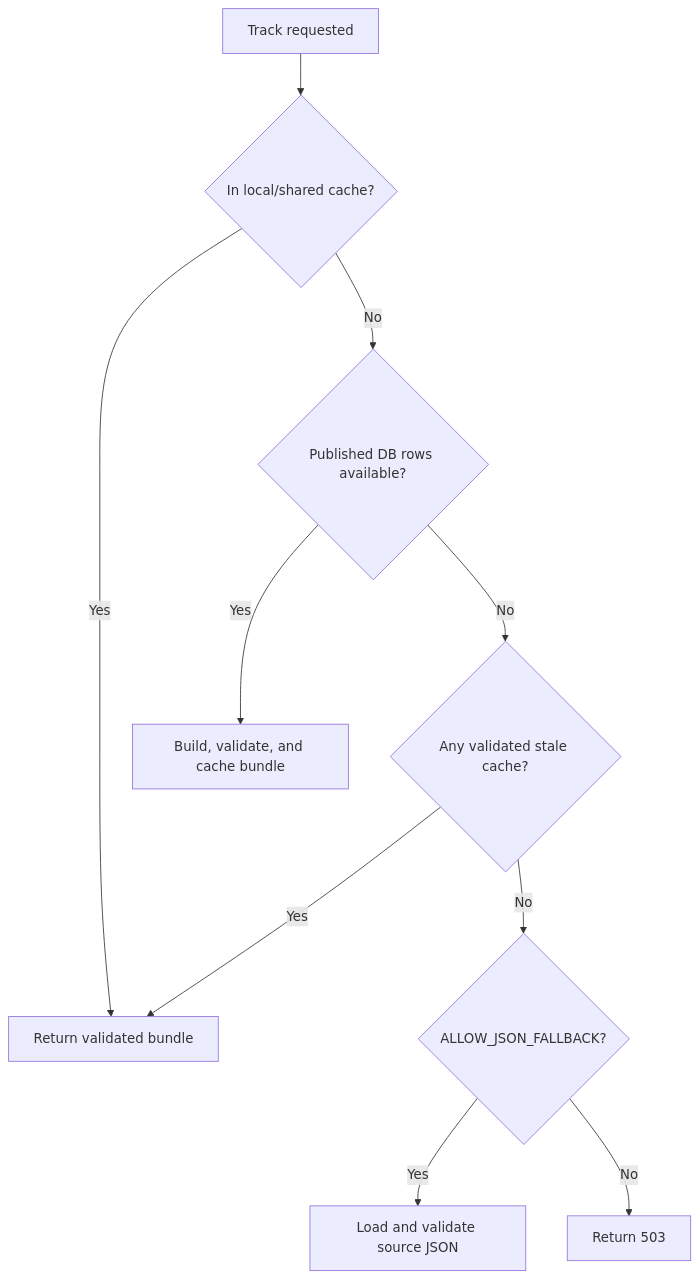
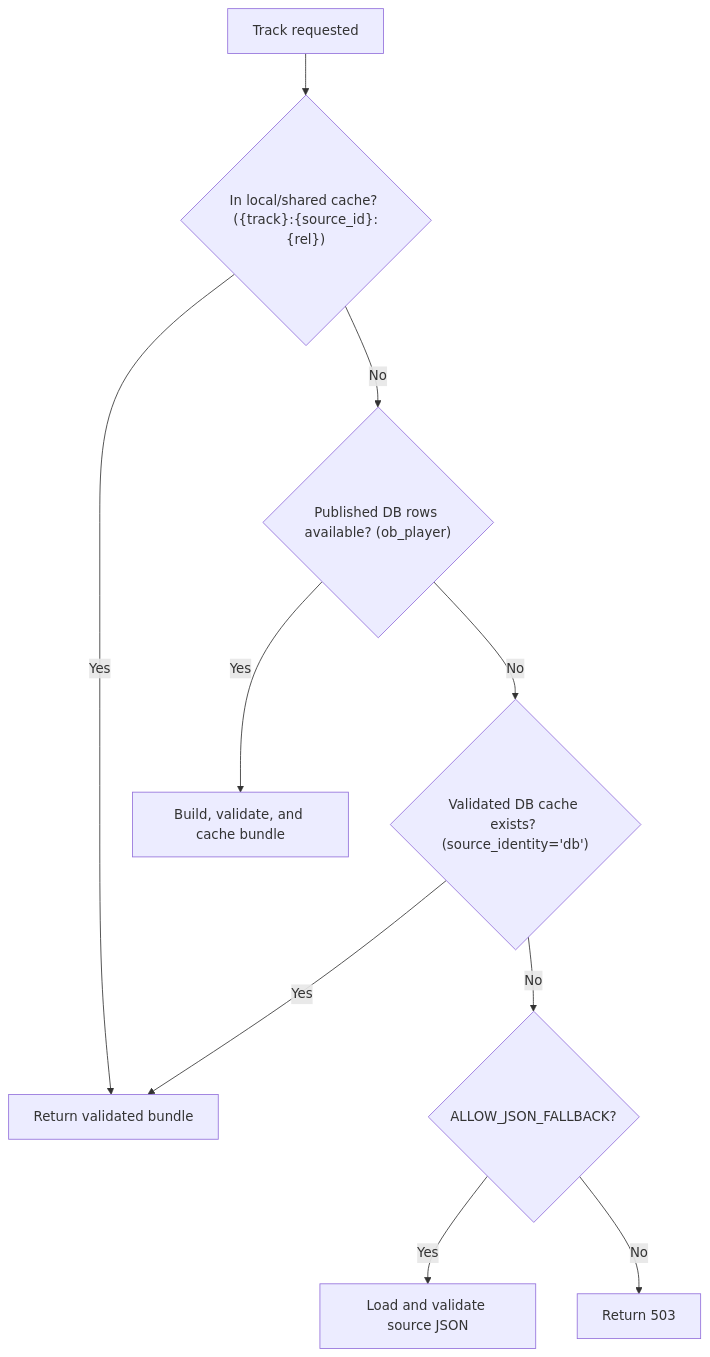
The third of 4 diagrams in temp/OrganicBattles_Cookbook_Updated.md (DKxi/OrganicBattlesProductionUpgrade), drawn with Mermaid before and after one commit. The commit also changed other lines of this file and 3 other files, not shown here.

Commit message:
docs(temp): mark action items as FIXED or TODO and update diagrams to latest architecture

````diff
--- a/temp/OrganicBattles_Cookbook_Updated.md
+++ b/temp/OrganicBattles_Cookbook_Updated.md
@@ -614,12 +616,12 @@
 ```mermaid
 flowchart TD
-    R["Track requested"] --> M{"In local/shared cache?"}
+    R["Track requested"] --> M{"In local/shared cache? ({track}:{source_id}:{rel})"}
     M -->|Yes| C["Return validated bundle"]
-    M -->|No| D{"Published DB rows available?"}
+    M -->|No| D{"Published DB rows available? (ob_player)"}
     D -->|Yes| F["Build, validate, and cache bundle"]
-    D -->|No| V{"Any validated stale cache?"}
+    D -->|No| V{"Validated DB cache exists? (source_identity='db')"}
     V -->|Yes| C
     V -->|No| J{"ALLOW_JSON_FALLBACK?"}
     J -->|Yes| S["Load and validate source JSON"]
     J -->|No| E["Return 503"]
 ```
````
